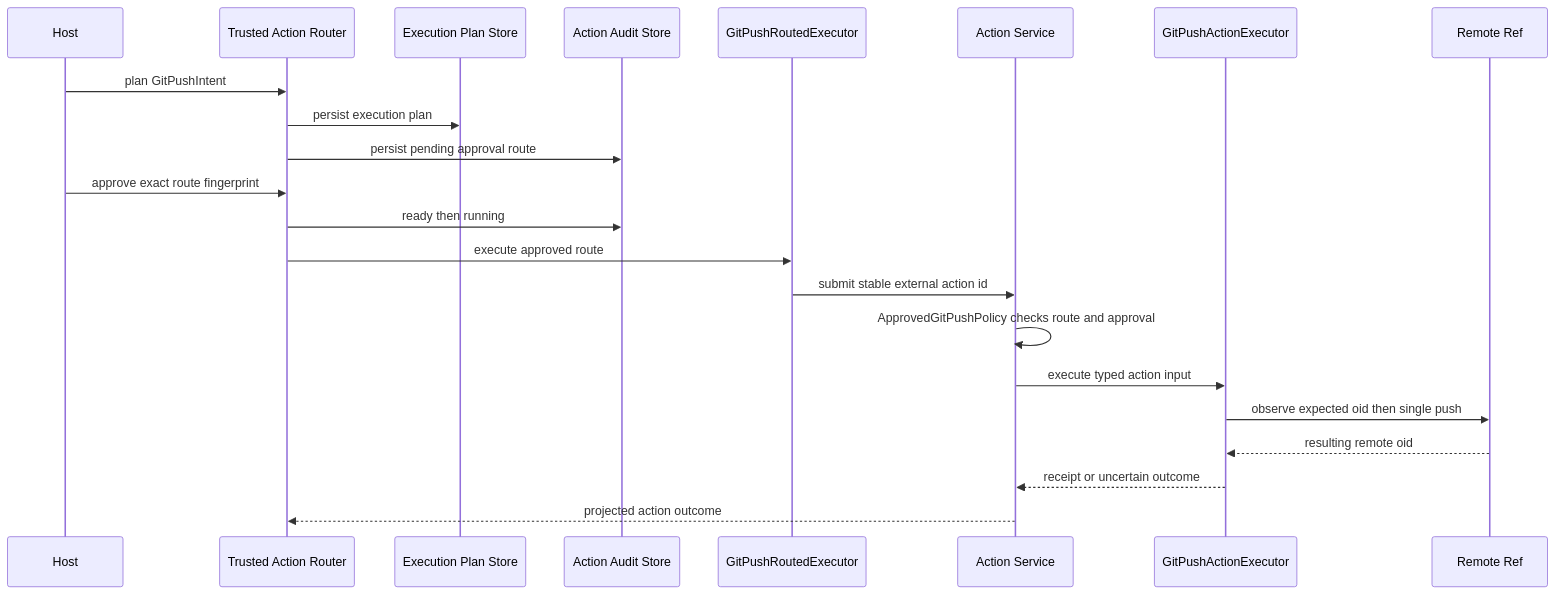
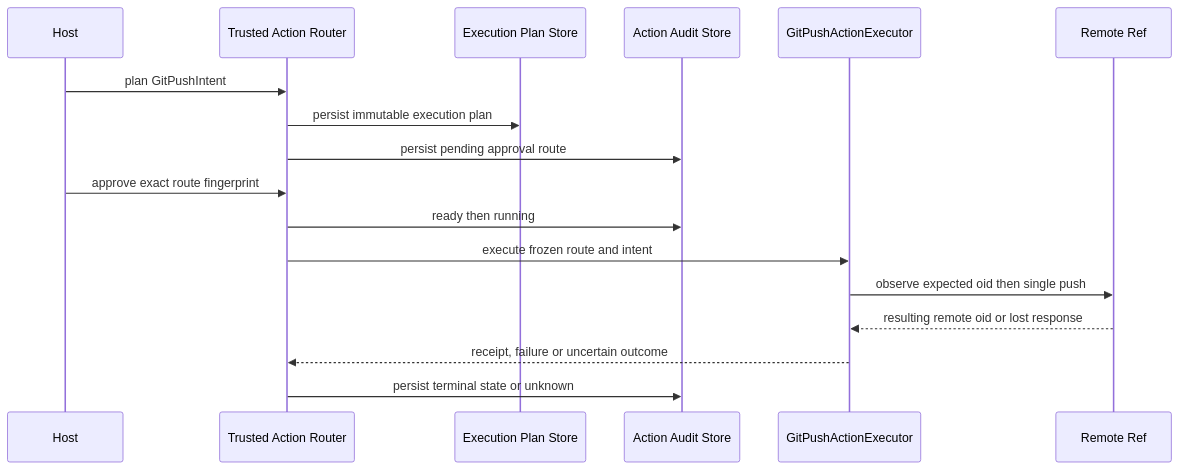
Diagram 16 of 18 in docs/modules/delivery.md (carrie1988/Harnessix), drawn with Mermaid before and after one commit. The commit also changed other lines of this file and 16 other files, not shown here.

Commit message:
refactor: 将 Git Push 收敛至 Trusted Action

````diff
--- a/docs/modules/delivery.md
+++ b/docs/modules/delivery.md
@@ -965,24 +968,19 @@
 ```mermaid
 sequenceDiagram
     participant H as Host
     participant T as Trusted Action Router
     participant P as Execution Plan Store
     participant A as Action Audit Store
-    participant E as GitPushRoutedExecutor
-    participant S as Action Service
     participant G as GitPushActionExecutor
     participant R as Remote Ref
     H->>T: plan GitPushIntent
-    T->>P: persist execution plan
+    T->>P: persist immutable execution plan
     T->>A: persist pending approval route
     H->>T: approve exact route fingerprint
     T->>A: ready then running
-    T->>E: execute approved route
-    E->>S: submit stable external action id
-    S->>S: ApprovedGitPushPolicy checks route and approval
-    S->>G: execute typed action input
+    T->>G: execute frozen route and intent
     G->>R: observe expected oid then single push
-    R-->>G: resulting remote oid
-    G-->>S: receipt or uncertain outcome
-    S-->>T: projected action outcome
+    R-->>G: resulting remote oid or lost response
+    G-->>T: receipt, failure or uncertain outcome
+    T->>A: persist terminal state or unknown
 ```
````
